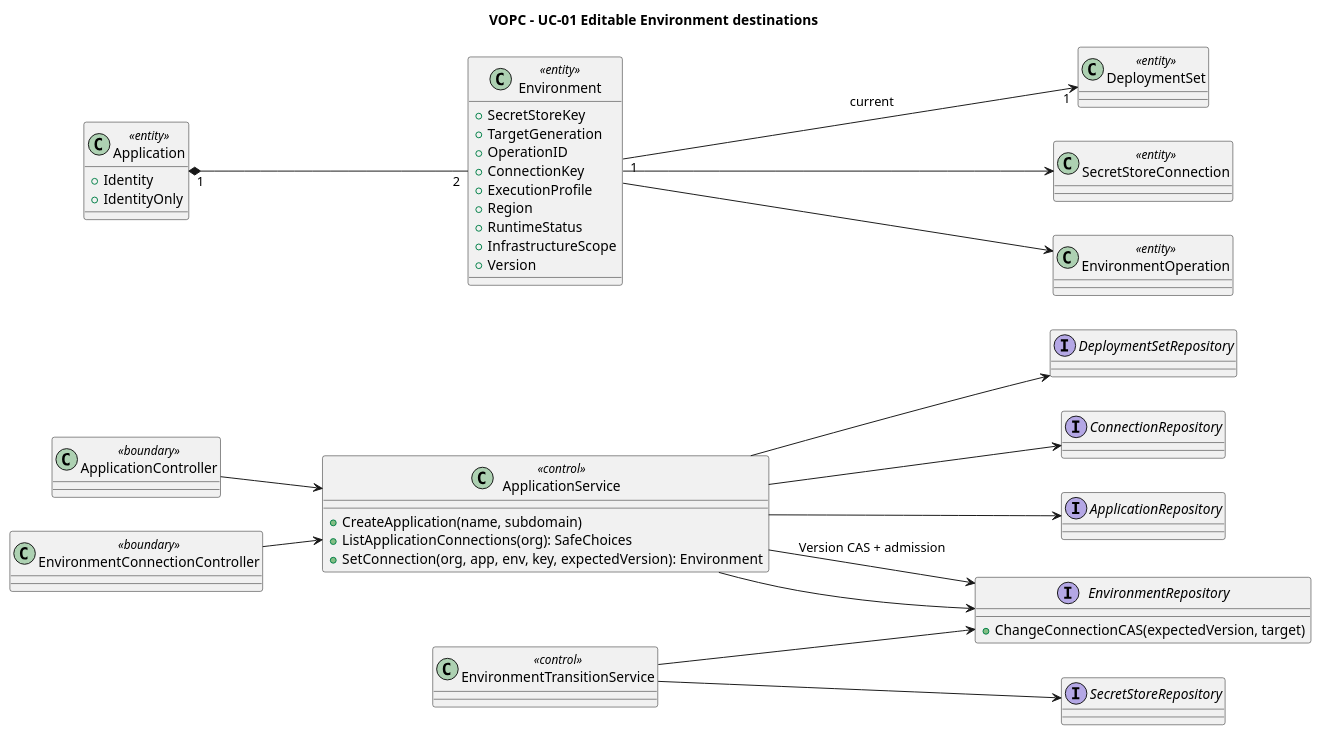
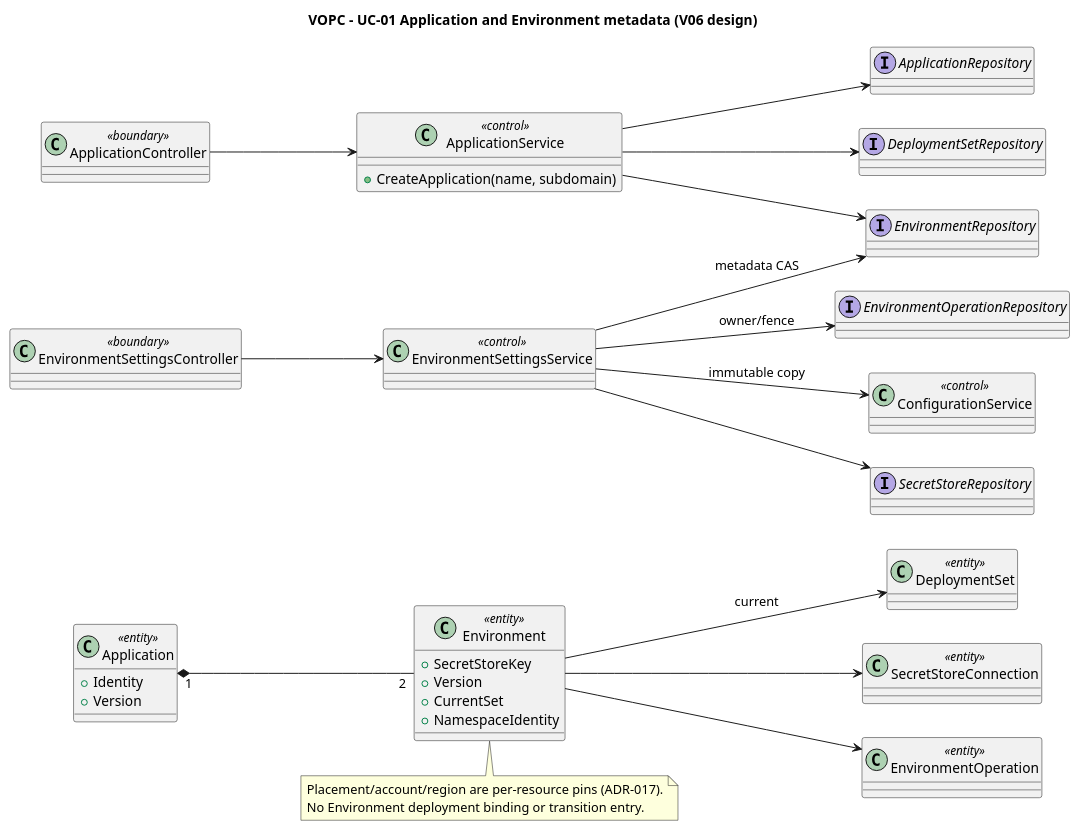
The diagram in orchestrator_docs/usecase/UC-01/vopc.puml (pr3s3nt/poc), drawn with PlantUML before and after one commit. The commit also changed 126 other files, not shown here.

First line of the commit message:
Complete V04 dependency graph and full-app acceptance

```diff
--- a/orchestrator_docs/usecase/UC-01/vopc.puml
+++ b/orchestrator_docs/usecase/UC-01/vopc.puml
@@ -1,50 +1,46 @@
 @startuml
-title VOPC - UC-01 Editable Environment destinations
+title VOPC - UC-01 Application and Environment metadata (V06 design)
 left to right direction
 class ApplicationController <<boundary>>
+class EnvironmentSettingsController <<boundary>>
 class ApplicationService <<control>> {
  +CreateApplication(name, subdomain)
- +ListApplicationConnections(org): SafeChoices
- +SetConnection(org, app, env, key, expectedVersion): Environment
 }
-class EnvironmentConnectionController <<boundary>>
+class EnvironmentSettingsService <<control>>
+class ConfigurationService <<control>>
 class Application <<entity>> {
  +Identity
- +IdentityOnly
+ +Version
 }
 class Environment <<entity>> {
  +SecretStoreKey
- +TargetGeneration
- +OperationID
- +ConnectionKey
- +ExecutionProfile
- +Region
- +RuntimeStatus
- +InfrastructureScope
  +Version
+ +CurrentSet
+ +NamespaceIdentity
 }
 class DeploymentSet <<entity>>
-interface ConnectionRepository
+class SecretStoreConnection <<entity>>
+class EnvironmentOperation <<entity>>
 interface ApplicationRepository
-interface EnvironmentRepository {
- +ChangeConnectionCAS(expectedVersion, target)
-}
+interface EnvironmentRepository
 interface DeploymentSetRepository
+interface SecretStoreRepository
+interface EnvironmentOperationRepository
 ApplicationController --> ApplicationService
-EnvironmentConnectionController --> ApplicationService
 ApplicationService --> ApplicationRepository
 ApplicationService --> EnvironmentRepository
 ApplicationService --> DeploymentSetRepository
-ApplicationService --> EnvironmentRepository : Version CAS + admission
-ApplicationService --> ConnectionRepository
+EnvironmentSettingsController --> EnvironmentSettingsService
+EnvironmentSettingsService --> ConfigurationService : immutable copy
+EnvironmentSettingsService --> EnvironmentRepository : metadata CAS
+EnvironmentSettingsService --> SecretStoreRepository
+EnvironmentSettingsService --> EnvironmentOperationRepository : owner/fence
 Application "1" *-- "2" Environment
-Environment "1" --> "1" DeploymentSet : current
-class SecretStoreConnection <<entity>>
-class EnvironmentOperation <<entity>>
-class EnvironmentTransitionService <<control>>
-interface SecretStoreRepository
+Environment --> DeploymentSet : current
 Environment --> SecretStoreConnection
 Environment --> EnvironmentOperation
-EnvironmentTransitionService --> EnvironmentRepository
-EnvironmentTransitionService --> SecretStoreRepository
+note bottom of Environment
+Placement/account/region are per-resource pins (ADR-017).
+No Environment deployment binding or transition entry.
+end note
 @enduml
```
